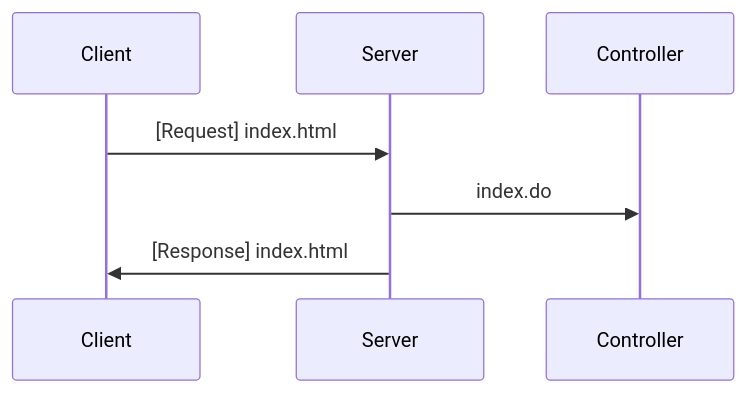
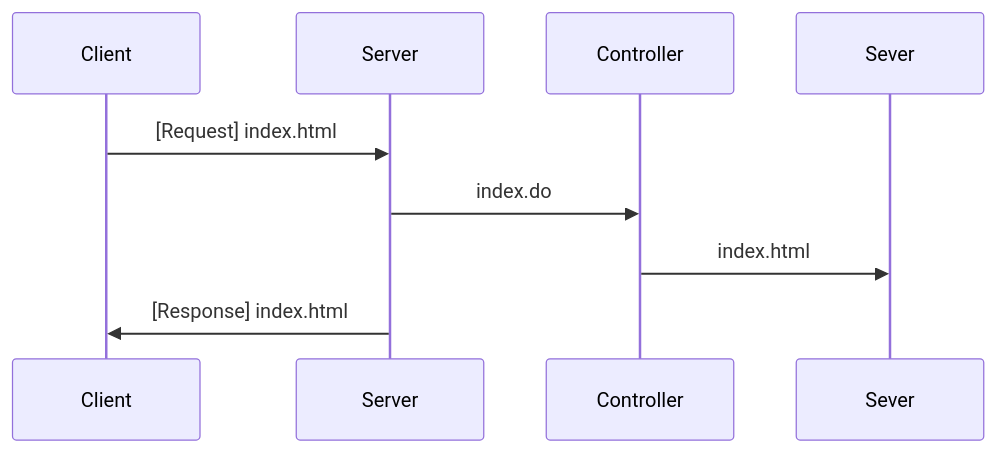
One commit to JeongJongSub/GitGithub changed the diagram in README.md. Above: the diagram before and after it, drawn with Mermaid.

````diff
--- a/README.md
+++ b/README.md
@@ -7,9 +7,10 @@
 ```mermaid
 sequenceDiagram
 Client ->> Server : [Request] index.html
 Server ->> Controller : index.do
+Controller ->> Sever : index.html
 Server ->> Client : [Response] index.html
 
 
 
 ```
````
